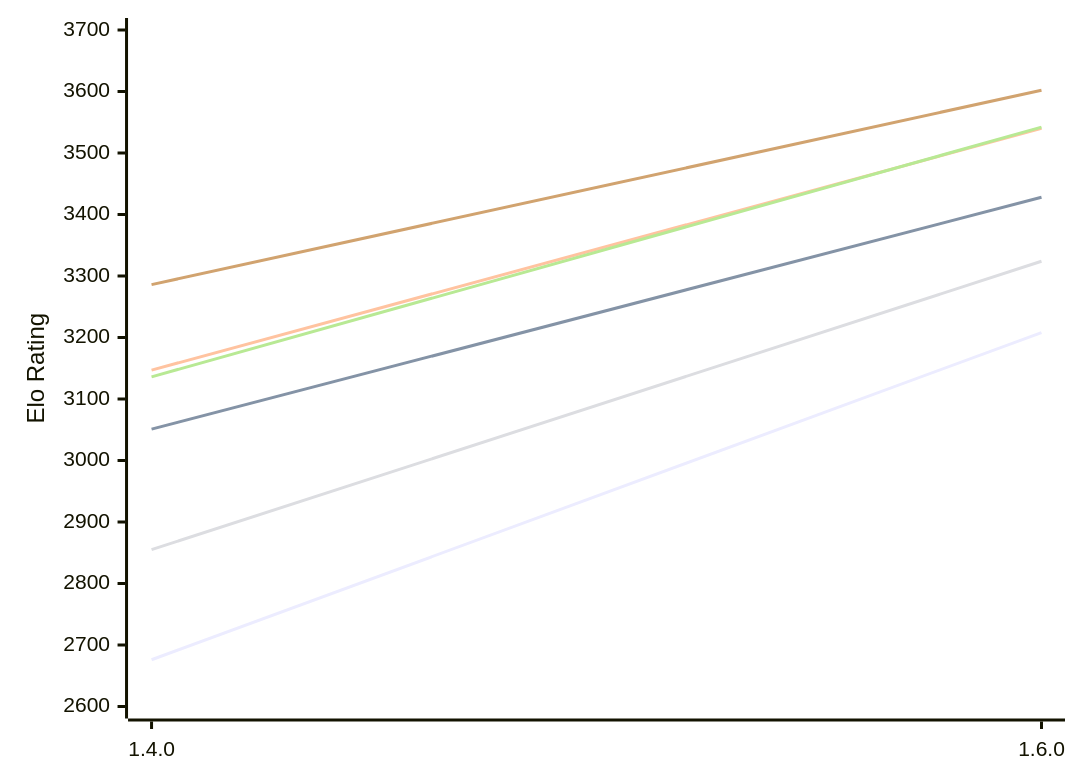
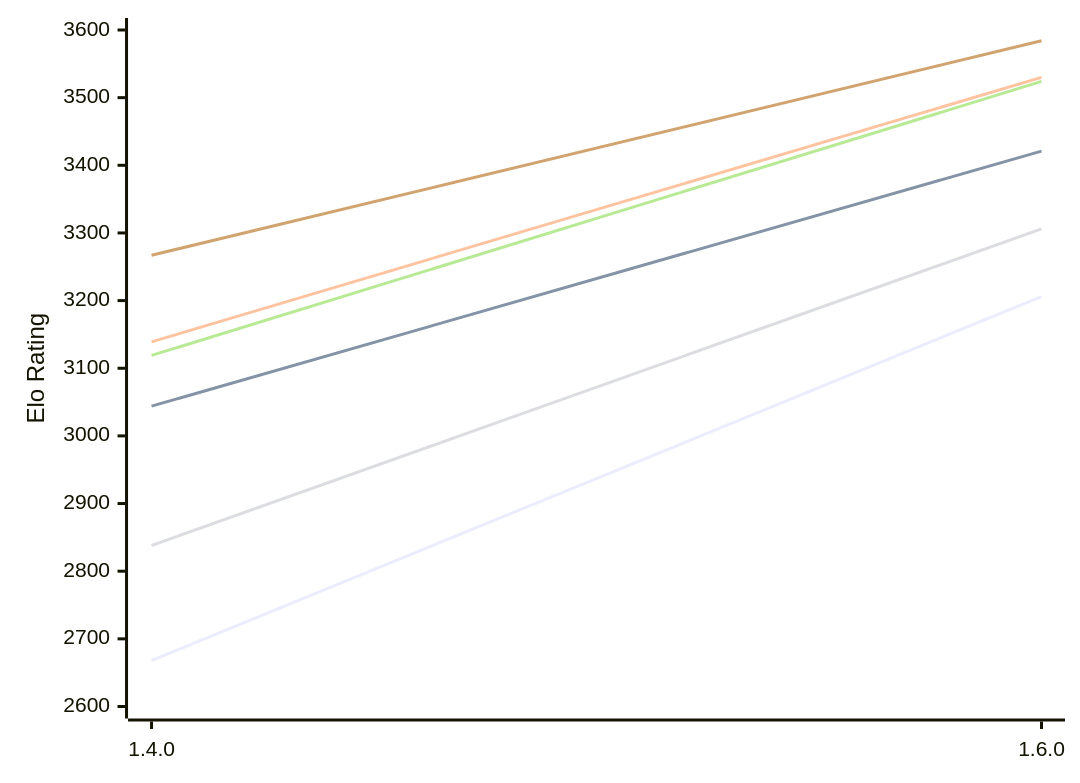
Before and after one commit to computer-chess-index/cci: the first of 2 diagrams in engines/Gyatso.md, drawn with Mermaid. The commit also changed other lines of this file, not shown here.

Commit message:
Update CCI Ratings (ELO VLTC) - 2026-11-02

````diff
--- a/engines/Gyatso.md
+++ b/engines/Gyatso.md
@@ -53,12 +53,12 @@
 ```mermaid
 %%{init: {"theme":"base","themeVariables":{"seriesColors:['#a3a3a3','#222221','#faa371']}}}%%
 xychart-beta
   x-axis ["1.4.0", "1.6.0"]
-  y-axis "Elo Rating" 2600 --> 3700
-  line "E1: STC (8.0+0.08s)" [2676, 3208]
-  line "E1: LTC (60.0+0.60s)" [3051, 3428]
-  line "E1: VLTC (2m24s+1.12s)" [3147, 3540]
-  line "P1: STC (8.0+0.08s)" [2855, 3324]
-  line "P1: LTC (60.0+0.60s)" [3136, 3542]
-  line "P1: VLTC (2m24s+1.12s)" [3286, 3602]
+  y-axis "Elo Rating" 2600 --> 3600
+  line "E1: STC (8.0+0.08s)" [2668, 3206]
+  line "E1: LTC (60.0+0.60s)" [3044, 3421]
+  line "E1: VLTC (2m24s+1.12s)" [3139, 3530]
+  line "P1: STC (8.0+0.08s)" [2838, 3306]
+  line "P1: LTC (60.0+0.60s)" [3119, 3524]
+  line "P1: VLTC (2m24s+1.12s)" [3267, 3584]
 ```
````
